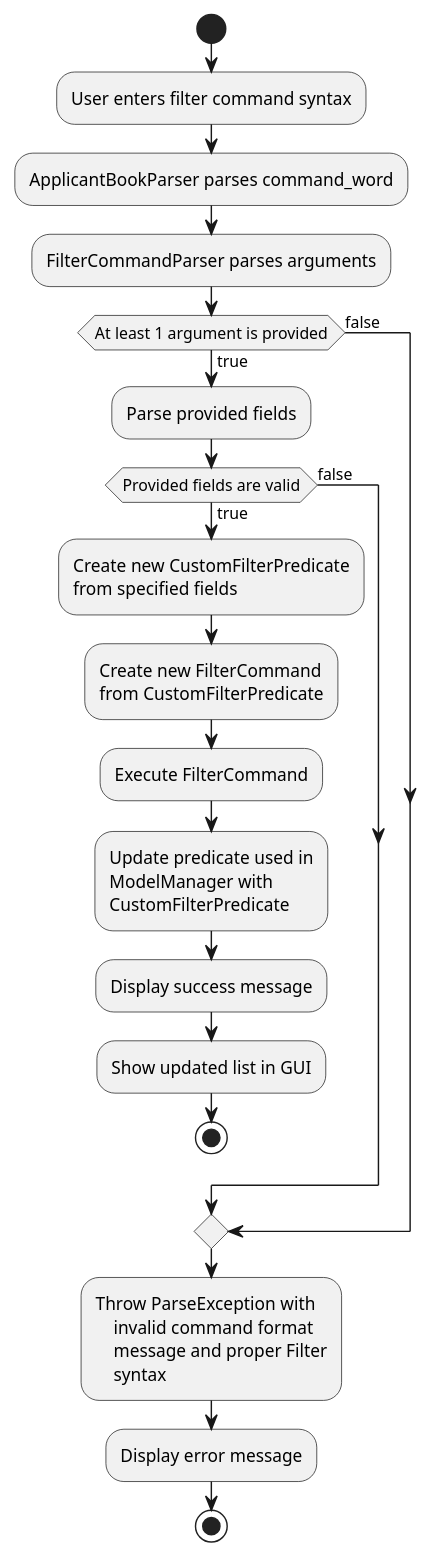
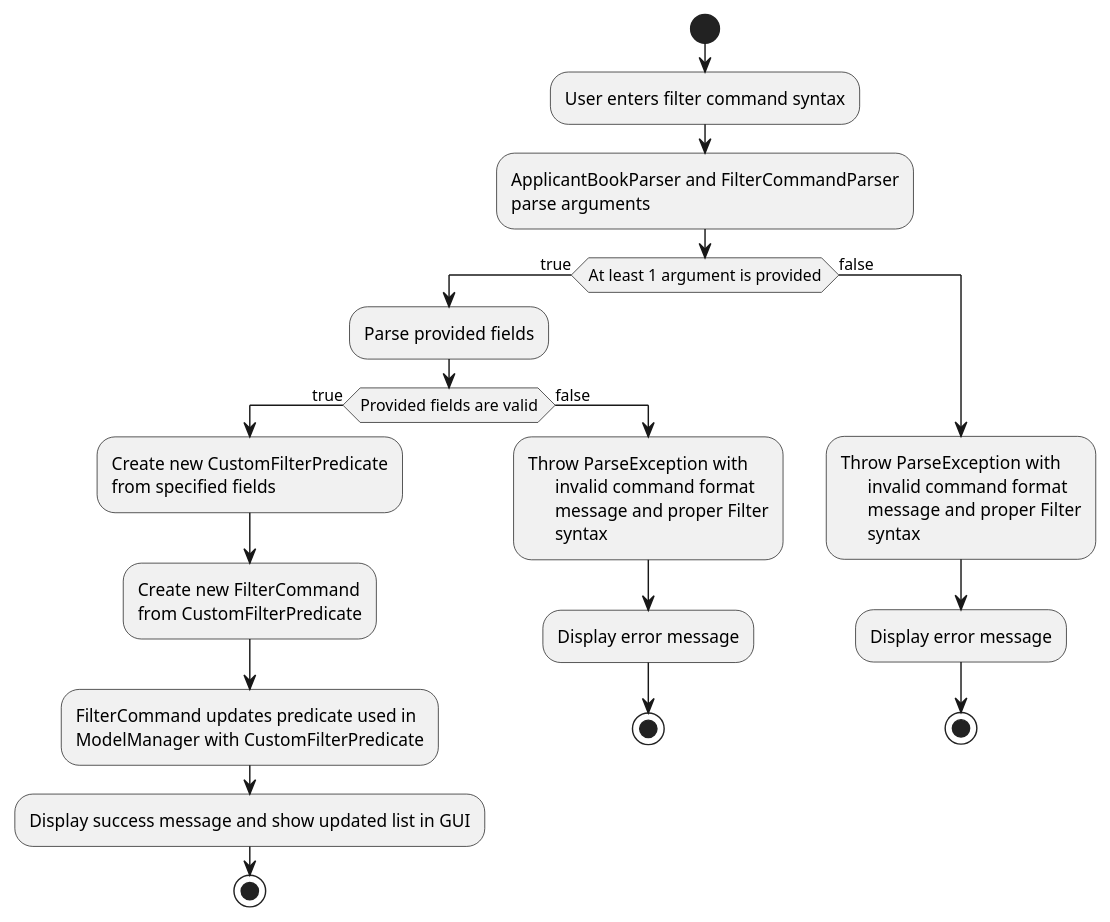
One commit to nus-cs2103-AY2324S1/tp changed the diagram in docs/diagrams/FilterCommandActivityDiagram.puml. Above: the diagram before and after it, drawn with PlantUML. The commit also changed other lines of this file, not shown here.

```diff
--- a/docs/diagrams/FilterCommandActivityDiagram.puml
+++ b/docs/diagrams/FilterCommandActivityDiagram.puml
@@ -1,35 +1,41 @@
 @startuml
 'https://plantuml.com/activity-diagram-beta
 
 start
 :User enters filter command syntax;
-:ApplicantBookParser parses command_word;
-:FilterCommandParser parses arguments;
+:ApplicantBookParser and FilterCommandParser
+parse arguments;
 if (At least 1 argument is provided) then (true)
   :Parse provided fields;
   if (Provided fields are valid) then (true)
       :Create new CustomFilterPredicate
       from specified fields;
       :Create new FilterCommand
       from CustomFilterPredicate;
-      :Execute FilterCommand;
-      :Update predicate used in
-      ModelManager with
-      CustomFilterPredicate;
-      :Display success message;
-      :Show updated list in GUI;
+      :FilterCommand updates predicate used in
+      ModelManager with CustomFilterPredicate;
+      :Display success message and show updated list in GUI;
       stop
   else (false)
+  :Throw ParseException with
+        invalid command format
+        message and proper Filter
+        syntax;
+        :Display error message;
+        stop
+    endif
 
-  endif
 else (false)
+label 1
+label 2
+label 3
 
+:Throw ParseException with
+      invalid command format
+      message and proper Filter
+      syntax;
+      :Display error message;
+      stop
 endif
-:Throw ParseException with
-    invalid command format
-    message and proper Filter
-    syntax;
-    :Display error message;
-    stop
 
 @enduml
```
